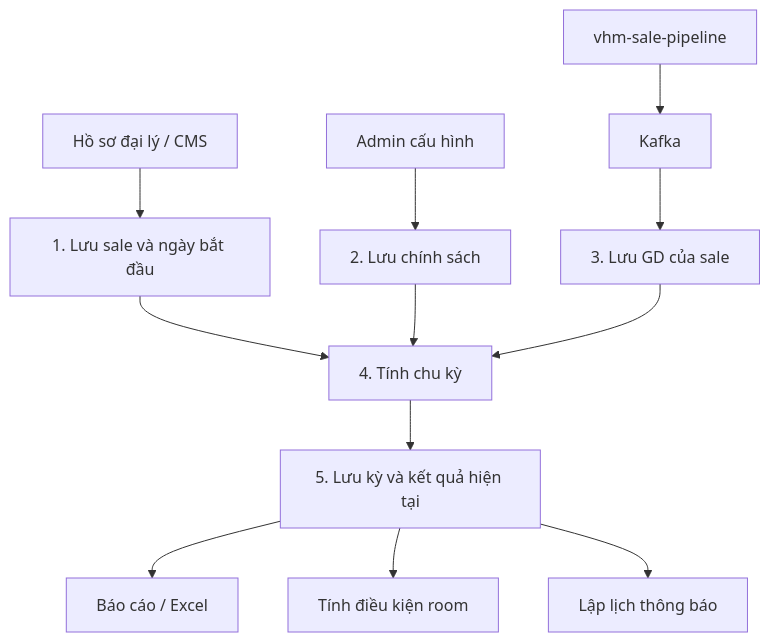
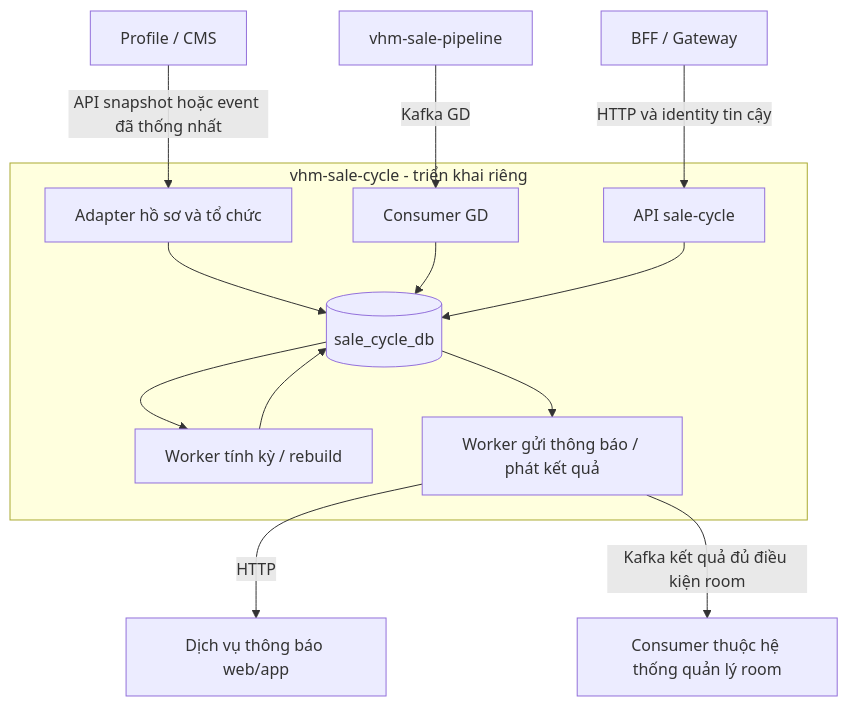
The first of 2 diagrams in BDSKD-9533-thiet-ke-ky-thuat.md (huynv-xyz/vhm), drawn with Mermaid before and after one commit. The commit also changed other lines of this file, not shown here.

````diff
--- a/BDSKD-9533-thiet-ke-ky-thuat.md
+++ b/BDSKD-9533-thiet-ke-ky-thuat.md
@@ -13,14 +13,16 @@
 ```mermaid
 flowchart TD
-  Profile[Hồ sơ đại lý / CMS] --> CycleProfile[1. Lưu sale và ngày bắt đầu]
-  Config[Admin cấu hình] --> Policy[2. Lưu chính sách]
-  Pipeline[vhm-sale-pipeline] --> Kafka[Kafka]
-  Kafka --> Fact[3. Lưu GD của sale]
-  CycleProfile --> Engine[4. Tính chu kỳ]
-  Policy --> Engine
-  Fact --> Engine
-  Engine --> Period[5. Lưu kỳ và kết quả hiện tại]
-  Period --> Report[Báo cáo / Excel]
-  Period --> Room[Tính điều kiện room]
-  Period --> Notification[Lập lịch thông báo]
+  Profile[Profile / CMS] -->|API snapshot hoặc event đã thống nhất| Adapter[Adapter hồ sơ và tổ chức]
+  Pipeline[vhm-sale-pipeline] -->|Kafka GD| Consumer[Consumer GD]
+  BFF[BFF / Gateway] -->|HTTP và identity tin cậy| API[API sale-cycle]
+  subgraph Independent[vhm-sale-cycle - triển khai riêng]
+    Adapter --> DB[(sale_cycle_db)]
+    Consumer --> DB
+    API --> DB
+    DB --> Engine[Worker tính kỳ / rebuild]
+    Engine --> DB
+    DB --> Sender[Worker gửi thông báo / phát kết quả]
+  end
+  Sender -->|HTTP| Notify[Dịch vụ thông báo web/app]
+  Sender -->|Kafka kết quả đủ điều kiện room| Result[Consumer thuộc hệ thống quản lý room]
 ```
````
